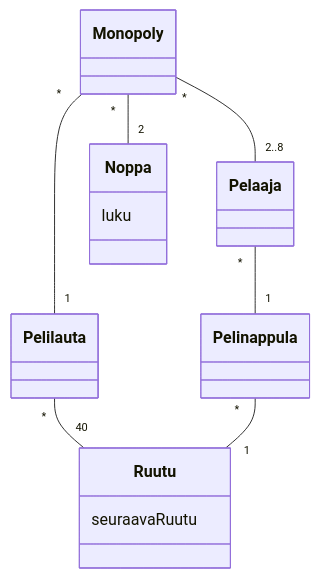
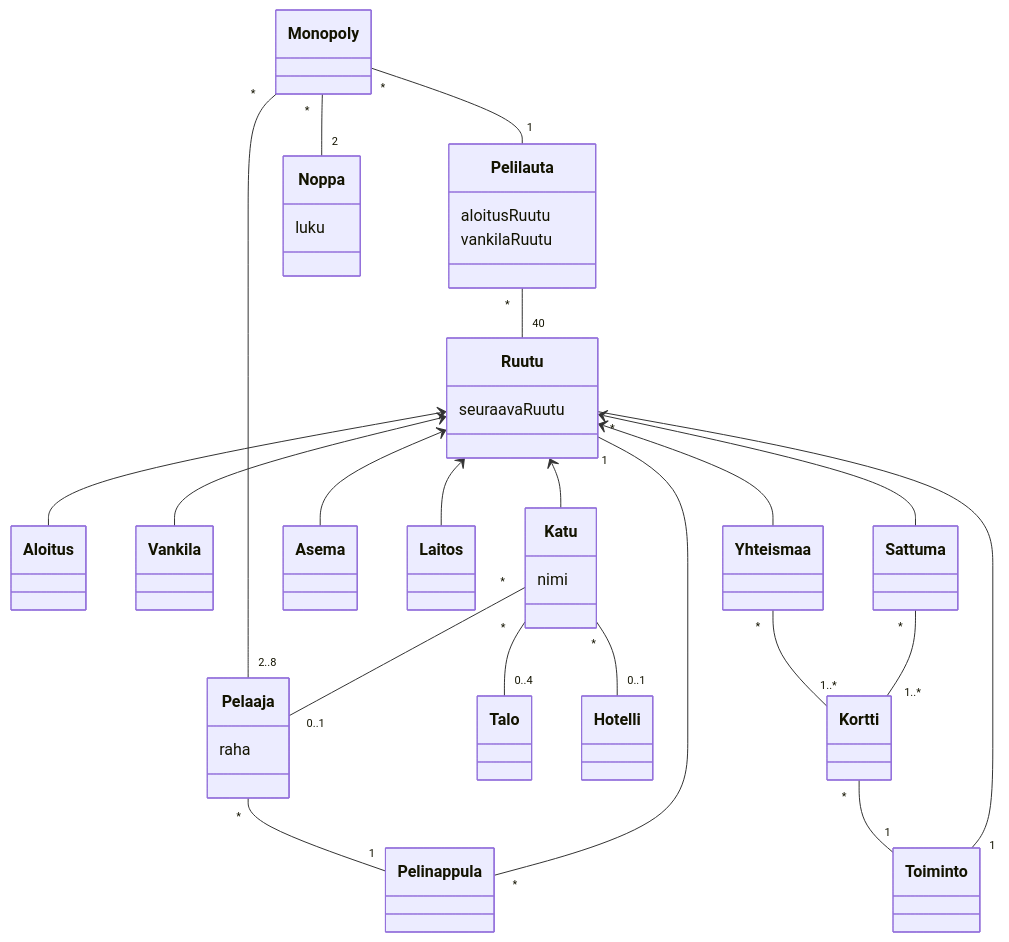
One commit to 3nd3r1/robot-invasion-defence-2 changed the diagram in laskarit/viikko3/monopoli-luokkakaavio.md. Above: the diagram before and after it, drawn with Mermaid.

Commit message:
Viikko 3 - Tehtävä 2

````diff
--- a/laskarit/viikko3/monopoli-luokkakaavio.md
+++ b/laskarit/viikko3/monopoli-luokkakaavio.md
@@ -1,24 +1,74 @@
 ```mermaid
     classDiagram
         Monopoly "*" -- "1" Pelilauta
         Monopoly "*" -- "2..8" Pelaaja
         Monopoly "*" -- "2" Noppa
         Pelilauta "*" -- "40" Ruutu
         Pelaaja "*" -- "1" Pelinappula
         Pelinappula "*" -- "1" Ruutu
+        Ruutu <-- Aloitus
+        Ruutu <-- Vankila
+        Ruutu <-- Katu
+        Ruutu <-- Asema
+        Ruutu <-- Laitos
+        Ruutu <-- Sattuma
+        Ruutu <-- Yhteismaa
+        Katu "*" -- "0..4" Talo
+        Katu "*" -- "0..1" Hotelli
+        Katu "*" -- "0..1" Pelaaja
+        Yhteismaa "*"--"1..*" Kortti
+        Sattuma "*"--"1..*" Kortti
+        Kortti "*"--"1" Toiminto
+        Ruutu "*"--"1" Toiminto
         class Monopoly{
         }
         class Pelilauta{
+            aloitusRuutu
+            vankilaRuutu
         }
         class Ruutu{
             seuraavaRuutu
+        }
+        class Vankila{
+
+        }
+        class Aloitus{
+
+        }
+        class Katu{
+            nimi
+        }
+        class Asema {
+
+        }
+        class Laitos {
+
+        }
+        class Talo{
+
+        }
+        class Hotelli {
+
+        }
+        class Kortti {
+
+        }
+        class Sattuma{
+
+        }
+        class Yhteismaa {
+
+        }
+        class Toiminto {
+
         }
         class Pelinappula{
         }
         class Noppa{
             luku
         }
         class Pelaaja{
+            raha
         }
 
 ```
````
